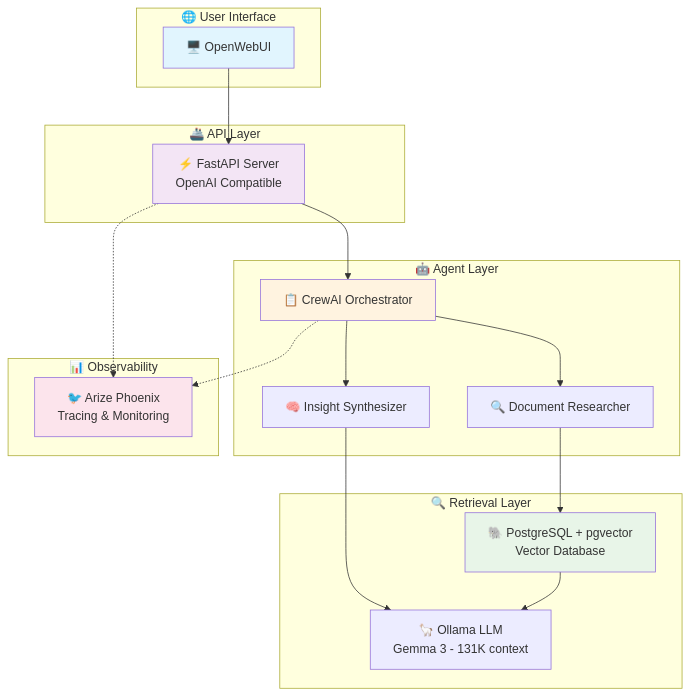
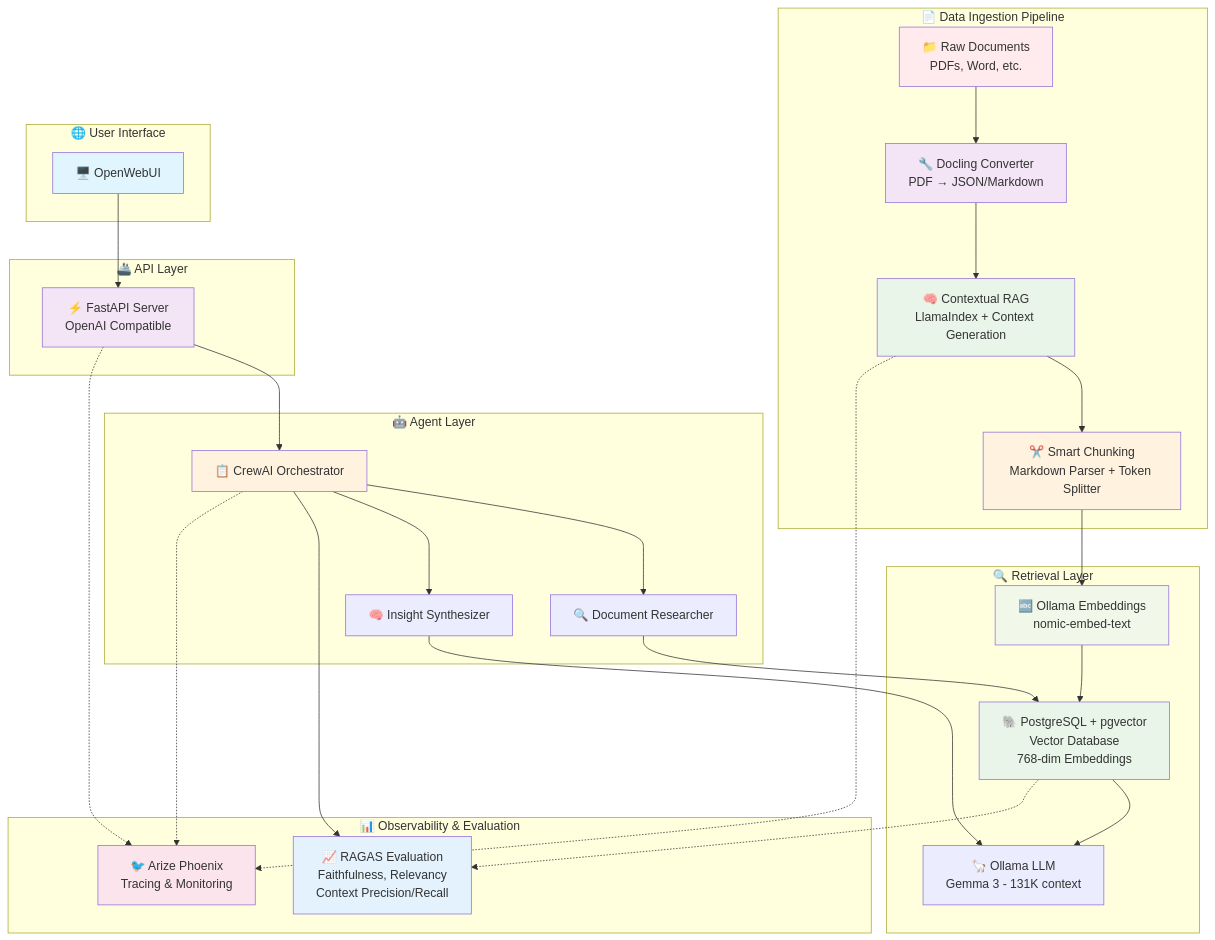
Before and after one commit to syedasad-kiwi/agentic-rag-poc: the diagram in README.md, drawn with Mermaid. The commit also changed other lines of this file, not shown here.

First line of the commit message:
📊 Enhanced Architecture Diagram with Complete Data Pipeline

````diff
--- a/README.md
+++ b/README.md
@@ -66,41 +66,70 @@
 ```mermaid
 graph TB
+    subgraph "📄 Data Ingestion Pipeline"
+        RAW["📁 Raw Documents<br/>PDFs, Word, etc."]
+        DOC["🔧 Docling Converter<br/>PDF → JSON/Markdown"]
+        CTX["🧠 Contextual RAG<br/>LlamaIndex + Context Generation"]
+        CHUNK["✂️ Smart Chunking<br/>Markdown Parser + Token Splitter"]
+    end
+    
     subgraph "🌐 User Interface"
         UI["🖥️ OpenWebUI"]
     end
     
     subgraph "🚢 API Layer"
         API["⚡ FastAPI Server<br/>OpenAI Compatible"]
     end
     
     subgraph "🤖 Agent Layer"
         CR["📋 CrewAI Orchestrator"]
         A1["🔍 Document Researcher"]
         A2["🧠 Insight Synthesizer"]
     end
     
     subgraph "🔍 Retrieval Layer"
-        VDB["🐘 PostgreSQL + pgvector<br/>Vector Database"]
+        VDB["🐘 PostgreSQL + pgvector<br/>Vector Database<br/>768-dim Embeddings"]
         LLM["🦙 Ollama LLM<br/>Gemma 3 - 131K context"]
+        EMB["🔤 Ollama Embeddings<br/>nomic-embed-text"]
     end
     
-    subgraph "📊 Observability"
+    subgraph "📊 Observability & Evaluation"
         PHX["🐦 Arize Phoenix<br/>Tracing & Monitoring"]
+        RAGAS["📈 RAGAS Evaluation<br/>Faithfulness, Relevancy<br/>Context Precision/Recall"]
     end
     
+    %% Data Flow
+    RAW --> DOC
+    DOC --> CTX
+    CTX --> CHUNK
+    CHUNK --> EMB
+    EMB --> VDB
+    
+    %% Query Flow
     UI --> API
     API --> CR
     CR --> A1 & A2
     A1 --> VDB
     A2 --> LLM
     VDB --> LLM
     
+    %% Evaluation Flow
+    CR --> RAGAS
+    VDB -.-> RAGAS
+    
+    %% Monitoring
     API -.-> PHX
     CR -.-> PHX
+    CTX -.-> PHX
     
+    style RAW fill:#ffebee
+    style DOC fill:#f3e5f5
+    style CTX fill:#e8f5e8
+    style CHUNK fill:#fff3e0
     style UI fill:#e1f5fe
     style API fill:#f3e5f5
     style CR fill:#fff3e0
     style VDB fill:#e8f5e8
     style PHX fill:#fce4ec
+    style RAGAS fill:#e3f2fd
+    style EMB fill:#f1f8e9
 ```
````
